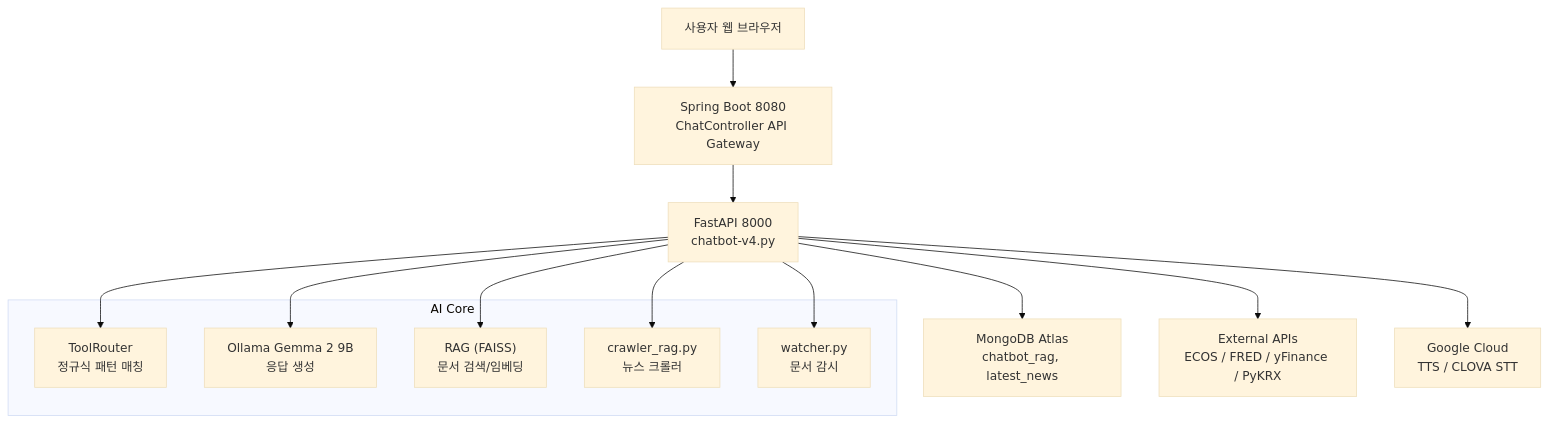
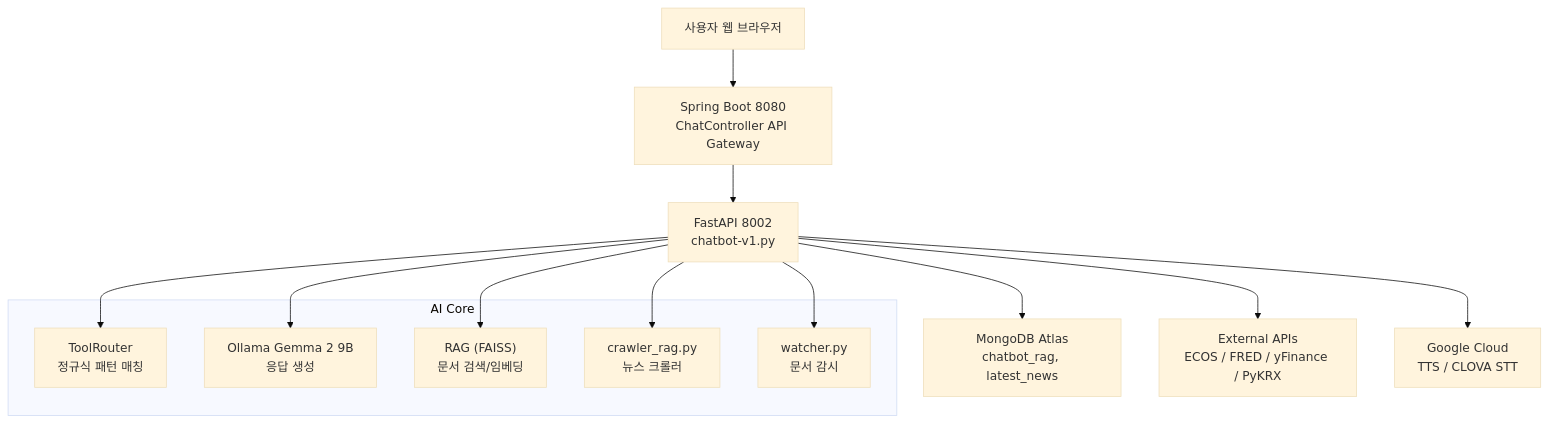
Before and after one commit to yooseungmin9/yoo-chatbot-v1: the diagram in fastapi/chatbot/README.md, drawn with Mermaid (base theme). The commit also changed 5 other files, not shown here.

````diff
--- a/fastapi/chatbot/README.md
+++ b/fastapi/chatbot/README.md
@@ -3,20 +3,20 @@
 ```mermaid
 graph TD
     U["사용자 웹 브라우저"] --> SB["Spring Boot 8080<br>ChatController API Gateway"]
-    SB --> FA["FastAPI 8000<br>chatbot-v4.py"]
+    SB --> FA["FastAPI 8002<br>chatbot-v1.py"]
     subgraph "AI Core"
         TR["ToolRouter<br>정규식 패턴 매칭"]
         OL["Ollama Gemma 2 9B<br>응답 생성"]
         RG["RAG (FAISS)<br>문서 검색/임베딩"]
         CR["crawler_rag.py<br>뉴스 크롤러"]
         WT["watcher.py<br>문서 감시"]
     end
     FA --> TR
     FA --> OL
     FA --> RG
     FA --> CR
     FA --> WT
     FA --> MDB["MongoDB Atlas<br>chatbot_rag, latest_news"]
     FA --> API["External APIs<br>ECOS / FRED / yFinance / PyKRX"]
     FA --> GC["Google Cloud<br>TTS / CLOVA STT"]
 ```
````
